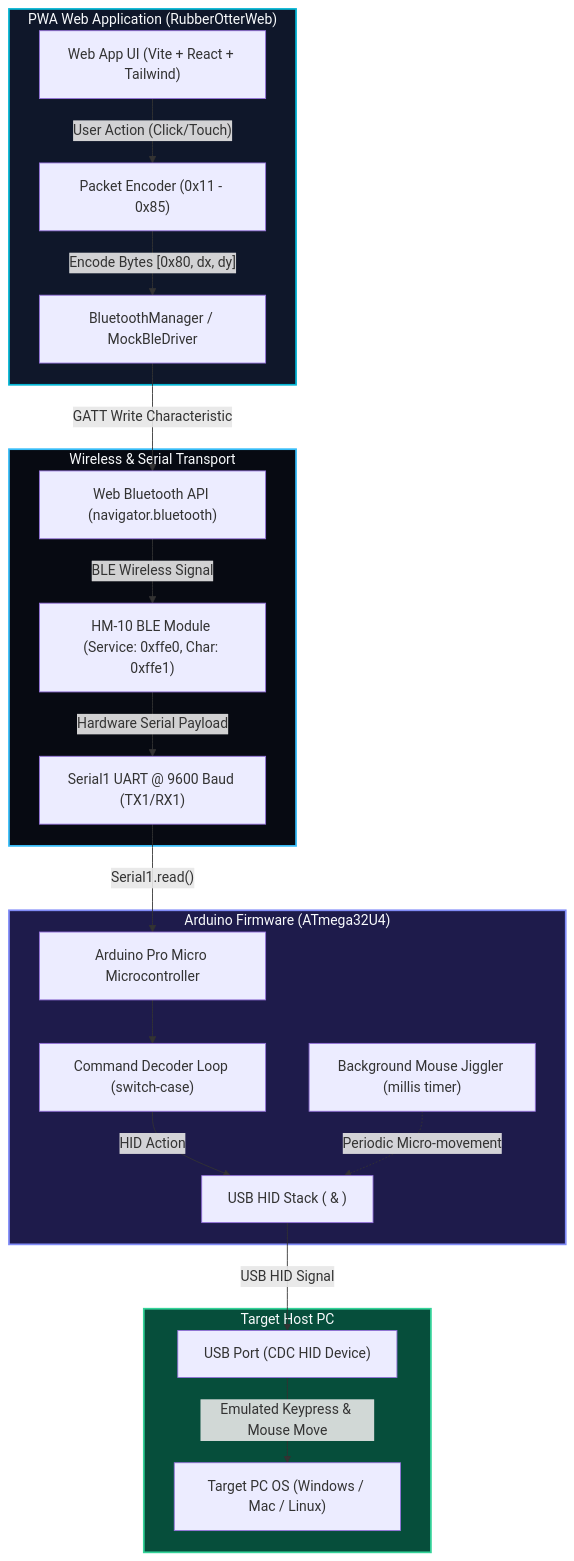
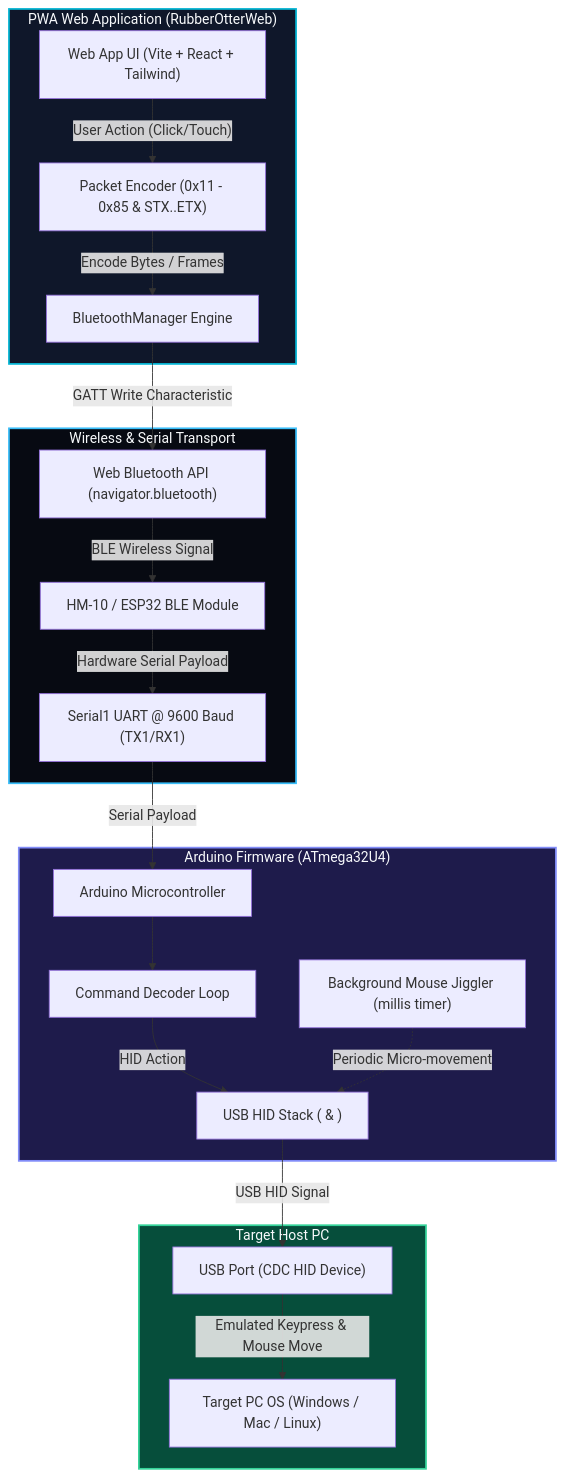
The first of 2 diagrams in README.md (AtaCanYmc/RubberOtter), drawn with Mermaid before and after one commit. The commit also changed other lines of this file and 11 other files, not shown here.

````diff
--- a/README.md
+++ b/README.md
@@ -14,46 +14,46 @@
 ```mermaid
 graph TD
     subgraph Frontend["PWA Web Application (RubberOtterWeb)"]
         UI["Web App UI (Vite + React + Tailwind)"]
-        BT_MGR["BluetoothManager / MockBleDriver"]
-        ENC["Packet Encoder (0x11 - 0x85)"]
+        BT_MGR["BluetoothManager Engine"]
+        ENC["Packet Encoder (0x11 - 0x85 & STX..ETX)"]
         
         UI -->|"User Action (Click/Touch)"| ENC
-        ENC -->|"Encode Bytes [0x80, dx, dy]"| BT_MGR
+        ENC -->|"Encode Bytes / Frames"| BT_MGR
     end
 
     subgraph Transport["Wireless & Serial Transport"]
         GATT["Web Bluetooth API (navigator.bluetooth)"]
-        BLE["HM-10 BLE Module (Service: 0xffe0, Char: 0xffe1)"]
+        BLE["HM-10 / ESP32 BLE Module"]
         UART["Serial1 UART @ 9600 Baud (TX1/RX1)"]
         
         BT_MGR -->|"GATT Write Characteristic"| GATT
         GATT -->|"BLE Wireless Signal"| BLE
         BLE -->|"Hardware Serial Payload"| UART
     end
 
     subgraph Backend["Arduino Firmware (ATmega32U4)"]
-        ARDUINO["Arduino Pro Micro Microcontroller"]
-        DECODER["Command Decoder Loop (switch-case)"]
+        ARDUINO["Arduino Microcontroller"]
+        DECODER["Command Decoder Loop"]
         HID_LIB["USB HID Stack (<Keyboard.h> & <Mouse.h>)"]
         JIGGLER["Background Mouse Jiggler (millis timer)"]
 
-        UART -->|"Serial1.read()"| ARDUINO
+        UART -->|"Serial Payload"| ARDUINO
         ARDUINO --> DECODER
         DECODER -->|"HID Action"| HID_LIB
         JIGGLER -.->|"Periodic Micro-movement"| HID_LIB
     end
 
     subgraph Target["Target Host PC"]
         USB["USB Port (CDC HID Device)"]
         HOST["Target PC OS (Windows / Mac / Linux)"]
 
         HID_LIB -->|"USB HID Signal"| USB
         USB -->|"Emulated Keypress & Mouse Move"| HOST
     end
 
     style Frontend fill:#0f172a,stroke:#06b6d4,stroke-width:2px,color:#f8fafc
     style Transport fill:#070a12,stroke:#38bdf8,stroke-width:2px,color:#f8fafc
     style Backend fill:#1e1b4b,stroke:#818cf8,stroke-width:2px,color:#f8fafc
     style Target fill:#064e3b,stroke:#34d399,stroke-width:2px,color:#f8fafc
 ```
````
